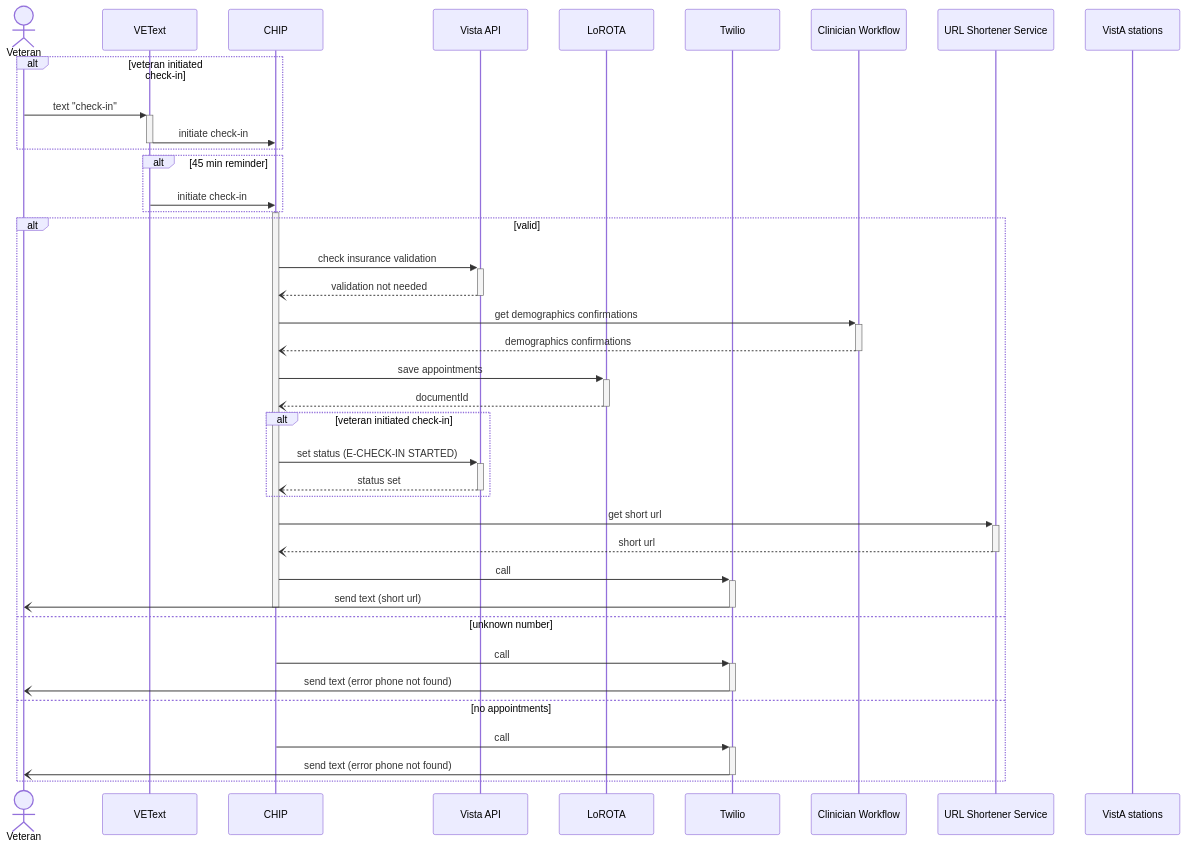
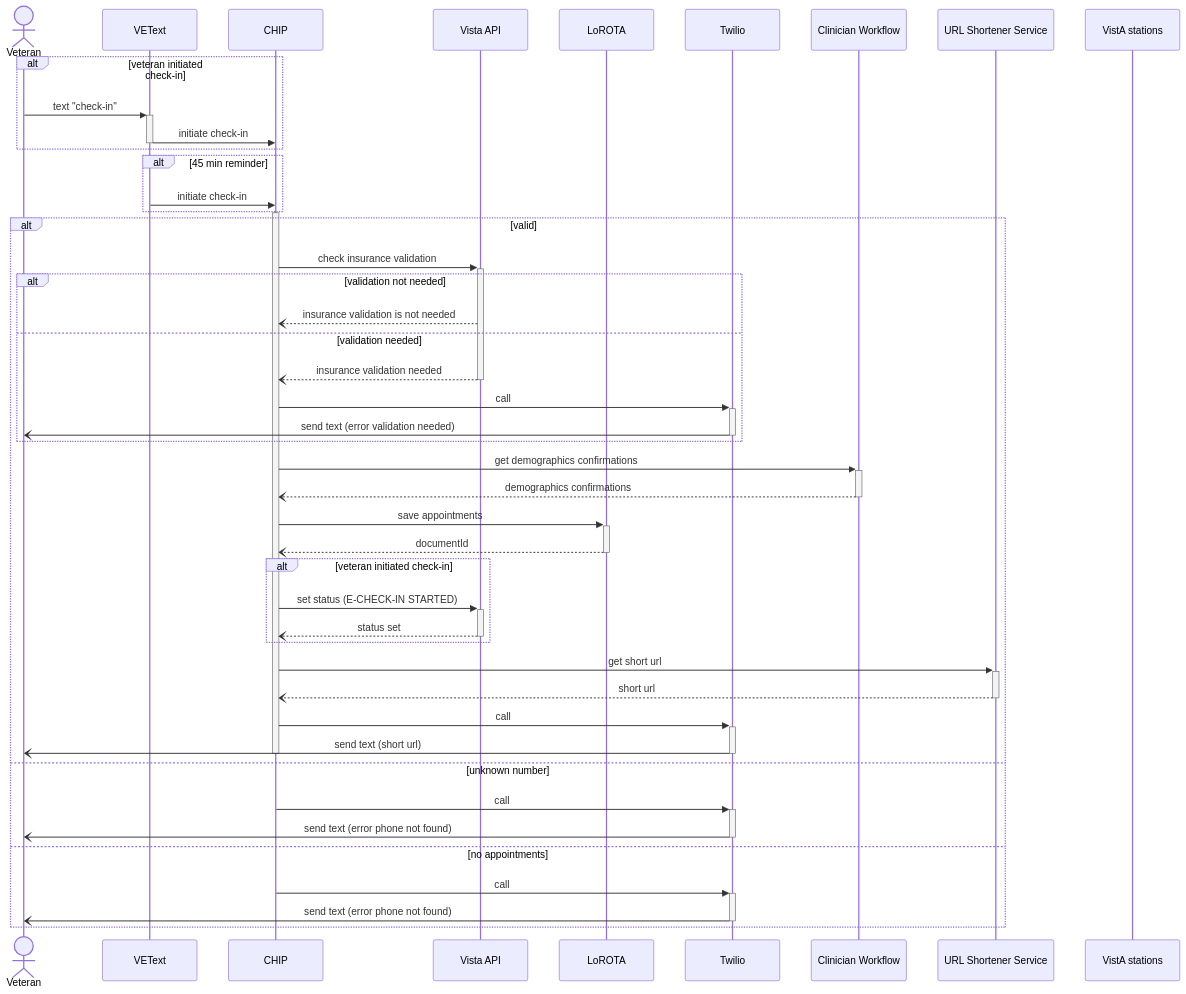
Before and after one commit to department-of-veterans-affairs/va.gov-team: the first of 4 diagrams in products/health-care/checkin/engineering/architecture-diagrams/sequenceDiagram_checkInExp.md, drawn with Mermaid.

````diff
--- a/products/health-care/checkin/engineering/architecture-diagrams/sequenceDiagram_checkInExp.md
+++ b/products/health-care/checkin/engineering/architecture-diagrams/sequenceDiagram_checkInExp.md
@@ -10,44 +10,50 @@
 ```mermaid
 sequenceDiagram
     actor vet as Veteran
     participant vt as VEText
     participant c as CHIP
     participant va as Vista API
     participant l as LoROTA
     participant t as Twilio
     participant cw as Clinician Workflow
     participant url as URL Shortener Service
     participant vas as VistA stations
 
     alt veteran initiated check-in
     vet->>+vt: text "check-in"
     vt->>-c: initiate check-in
     end
     alt 45 min reminder
     vt->>c: initiate check-in
     end
     activate c
     alt valid
       c->>+va: check insurance validation
-      va--)-c: validation not needed
+      alt validation not needed
+        va--)c: insurance validation is not needed
+      else validation needed
+        va--)-c: insurance validation needed
+        c->>+t: call
+        t-)-vet: send text (error validation needed)
+      end
       c->>+cw: get demographics confirmations
       cw--)-c: demographics confirmations
       c->>+l: save appointments
       l--)-c: documentId
       alt veteran initiated check-in
         c->>+va: set status (E-CHECK-IN STARTED)
         va--)-c: status set
       end
       c->>+url: get short url
       url--)-c: short url
       c->>+t: call
       t-)-vet: send text (short url)
       deactivate c
     else unknown number
       c->>+t: call
       t-)-vet: send text (error phone not found)
     else no appointments
       c->>+t: call
       t-)-vet: send text (error phone not found)
     end
 ```
````
